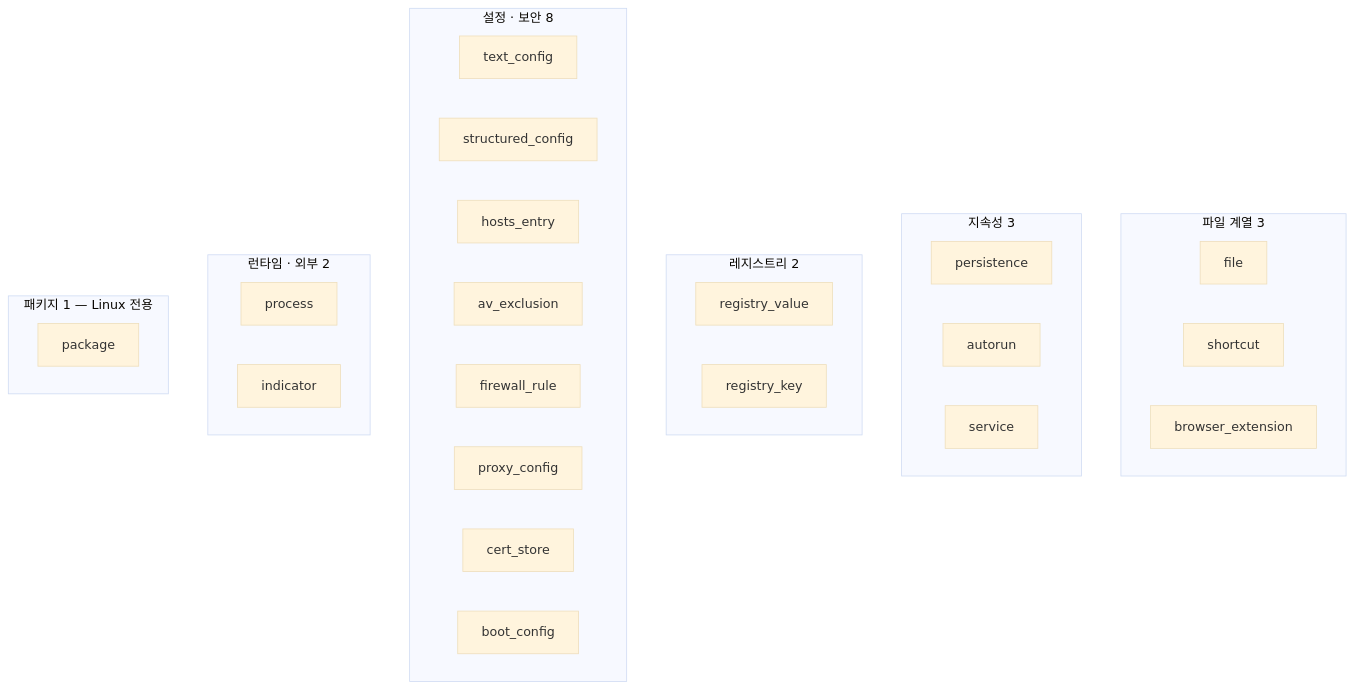
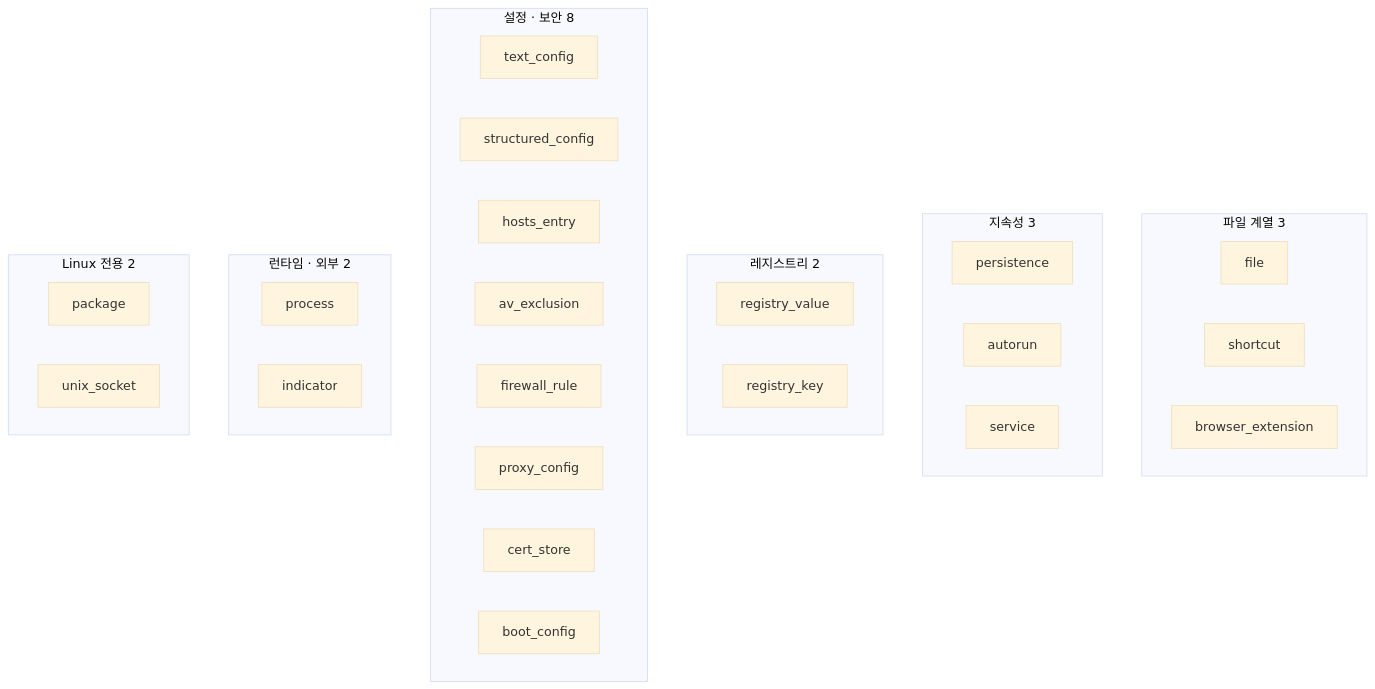
Diagram 11 of 21 in docs/remedy-전체-그림.md (ESTsecurity/remedy), drawn with Mermaid (base theme) before and after one commit. The commit also changed other lines of this file and 42 other files, not shown here.

````diff
--- a/docs/remedy-전체-그림.md
+++ b/docs/remedy-전체-그림.md
@@ -455,34 +455,35 @@
 ```mermaid
 flowchart TB
     subgraph SF["파일 계열 3"]
         s1[file]
         s2[shortcut]
         s3[browser_extension]
     end
     subgraph SP["지속성 3"]
         s4[persistence]
         s5[autorun]
         s6[service]
     end
     subgraph SR["레지스트리 2"]
         s7[registry_value]
         s8[registry_key]
     end
     subgraph SC["설정 · 보안 8"]
         s9[text_config]
         s10[structured_config]
         s11[hosts_entry]
         s12[av_exclusion]
         s13[firewall_rule]
         s14[proxy_config]
         s15[cert_store]
         s16[boot_config]
     end
     subgraph SX["런타임 · 외부 2"]
         s17[process]
         s18[indicator]
     end
-    subgraph SK["패키지 1 — Linux 전용"]
+    subgraph SK["Linux 전용 2"]
         s19[package]
+        s20[unix_socket]
     end
 ```
````
